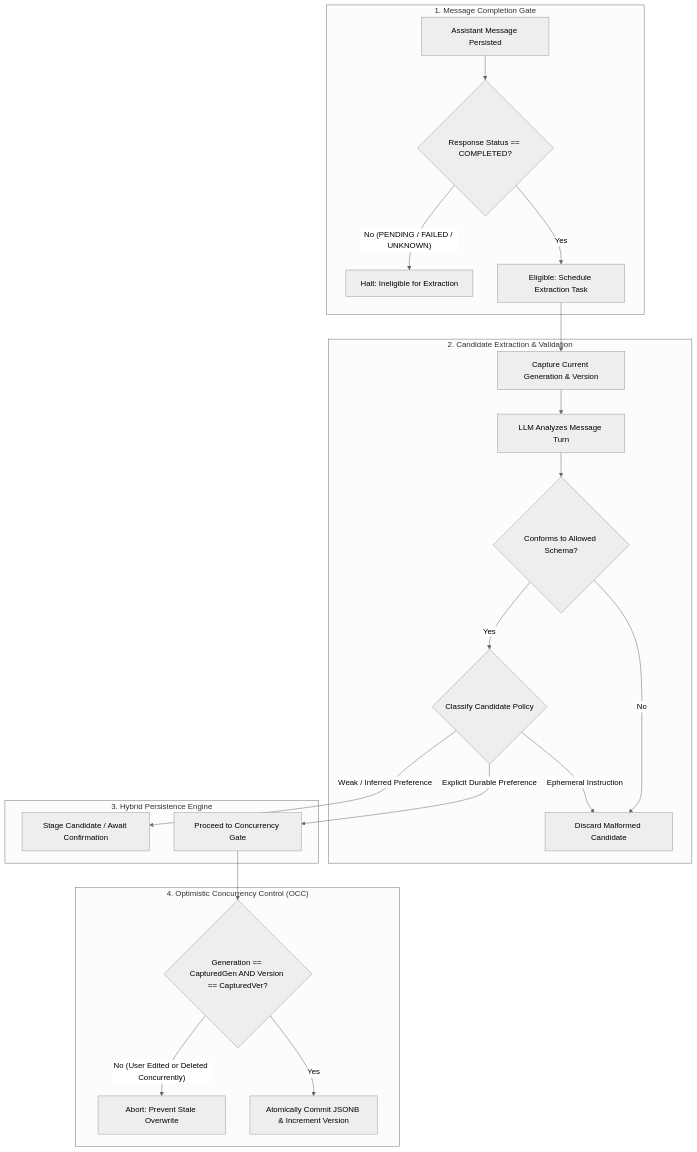
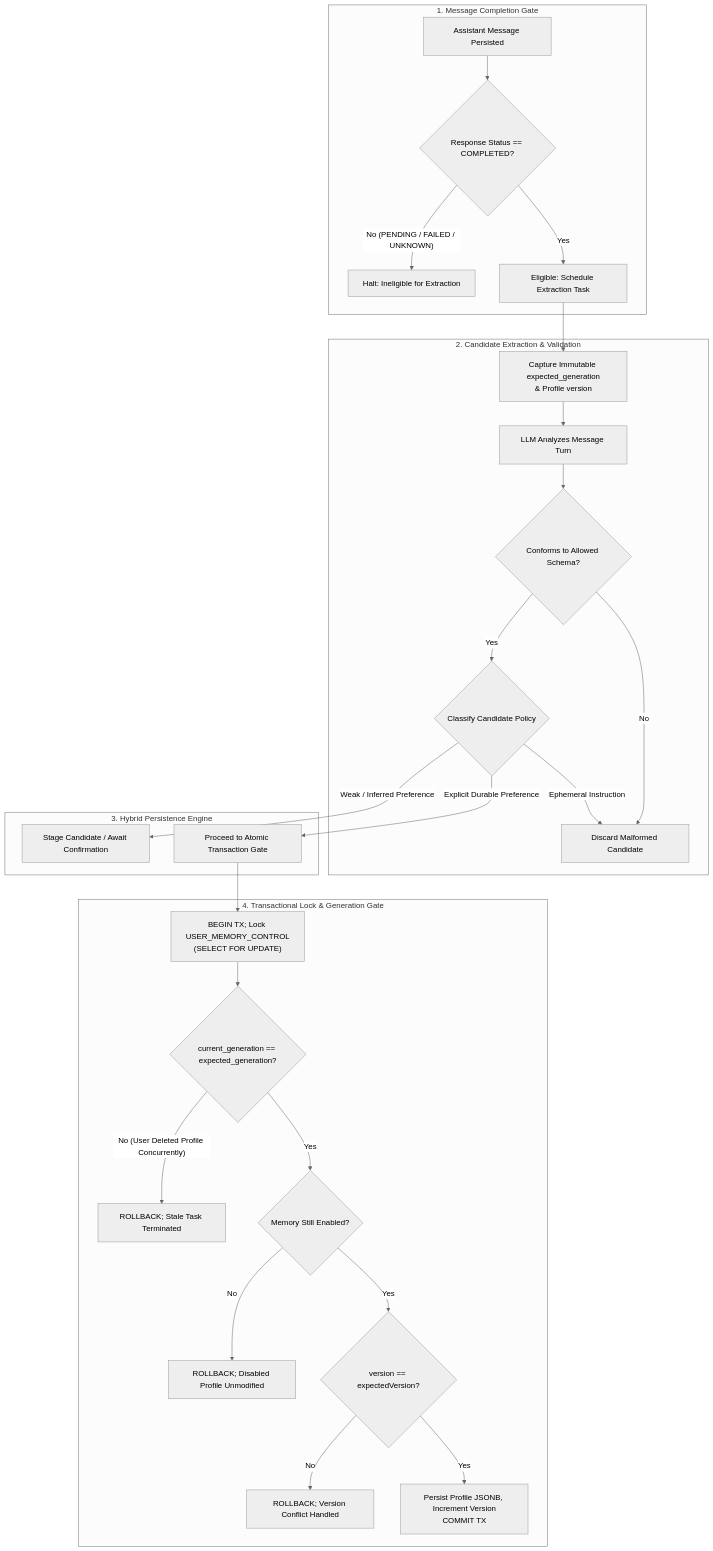
Before and after one commit to Bryan1805a/MIRA: the first of 4 diagrams in docs/05-memory-lifecycle.md, drawn with Mermaid (neutral theme). The commit also changed other lines of this file, not shown here.

Commit message:
docs(memory): add memory deletion race protection and durable generation control

````diff
--- a/docs/05-memory-lifecycle.md
+++ b/docs/05-memory-lifecycle.md
@@ -38,30 +39,35 @@
 ```mermaid
 flowchart TD
     subgraph MessageLifecycle ["1. Message Completion Gate"]
         MsgSaved["Assistant Message Persisted"]
         CheckStatus{"Response Status == COMPLETED?"}
         MsgSaved --> CheckStatus
         CheckStatus -- No (PENDING / FAILED / UNKNOWN) --> AbortGate["Halt: Ineligible for Extraction"]
         CheckStatus -- Yes --> TriggerExtraction["Eligible: Schedule Extraction Task"]
     end
 
     subgraph ExtractionPipeline ["2. Candidate Extraction & Validation"]
-        TriggerExtraction --> ReadGen["Capture Current Generation & Version"]
-        ReadGen --> ParseSignals["LLM Analyzes Message Turn"]
+        TriggerExtraction --> CaptureExpectedGen["Capture Immutable expected_generation\n& Profile version"]
+        CaptureExpectedGen --> ParseSignals["LLM Analyzes Message Turn"]
         ParseSignals --> ValidateSchema{"Conforms to Allowed Schema?"}
         ValidateSchema -- No --> DiscardCandidate["Discard Malformed Candidate"]
         ValidateSchema -- Yes --> ClassifyPolicy{"Classify Candidate Policy"}
     end
 
     subgraph PolicyEngine ["3. Hybrid Persistence Engine"]
         ClassifyPolicy -- "Ephemeral Instruction" --> DiscardCandidate
         ClassifyPolicy -- "Weak / Inferred Preference" --> HoldForEvidence["Stage Candidate / Await Confirmation"]
-        ClassifyPolicy -- "Explicit Durable Preference" --> VerifyState["Proceed to Concurrency Gate"]
+        ClassifyPolicy -- "Explicit Durable Preference" --> ProceedToCommit["Proceed to Atomic Transaction Gate"]
     end
 
-    subgraph ConcurrencyGate ["4. Optimistic Concurrency Control (OCC)"]
-        VerifyState --> CheckGen{"Generation == CapturedGen AND Version == CapturedVer?"}
-        CheckGen -- No (User Edited or Deleted Concurrently) --> AbortStale["Abort: Prevent Stale Overwrite"]
-        CheckGen -- Yes --> CommitUpdate["Atomically Commit JSONB & Increment Version"]
+    subgraph ConcurrencyGate ["4. Transactional Lock & Generation Gate"]
+        ProceedToCommit --> LockControl["BEGIN TX; Lock USER_MEMORY_CONTROL\n(SELECT FOR UPDATE)"]
+        LockControl --> CheckGen{"current_generation == expected_generation?"}
+        CheckGen -- No (User Deleted Profile Concurrently) --> AbortStale["ROLLBACK; Stale Task Terminated"]
+        CheckGen -- Yes --> CheckEnabled{"Memory Still Enabled?"}
+        CheckEnabled -- No --> AbortDisabled["ROLLBACK; Disabled Profile Unmodified"]
+        CheckEnabled -- Yes --> CheckOCC{"version == expectedVersion?"}
+        CheckOCC -- No --> AbortOCC["ROLLBACK; Version Conflict Handled"]
+        CheckOCC -- Yes --> CommitUpdate["Persist Profile JSONB, Increment Version\nCOMMIT TX"]
     end
 ```
````
